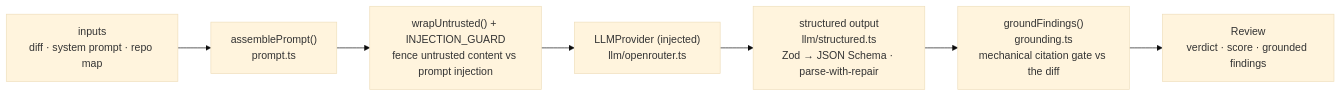
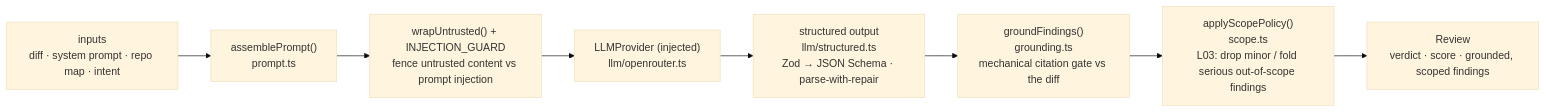
The diagram in reviewer-core/README.md (artemmmon/dev-digest), drawn with Mermaid (base theme) before and after one commit. The commit also changed other lines of this file and 90 other files, not shown here.

First line of the commit message:
feat: Intent Layer — derive PR intent and scope review findings to it

````diff
--- a/reviewer-core/README.md
+++ b/reviewer-core/README.md
@@ -16,9 +16,10 @@
 ```mermaid
 flowchart LR
-  IN["inputs<br/>diff · system prompt · repo map"] --> PROMPT["assemblePrompt()<br/>prompt.ts"]
+  IN["inputs<br/>diff · system prompt · repo map · intent"] --> PROMPT["assemblePrompt()<br/>prompt.ts"]
   PROMPT --> WRAP["wrapUntrusted() + INJECTION_GUARD<br/>fence untrusted content vs prompt injection"]
   WRAP --> LLM["LLMProvider (injected)<br/>llm/openrouter.ts"]
   LLM --> STRUCT["structured output<br/>llm/structured.ts<br/>Zod → JSON Schema · parse-with-repair"]
   STRUCT --> GROUND["groundFindings()<br/>grounding.ts<br/>mechanical citation gate vs the diff"]
-  GROUND --> OUT["Review<br/>verdict · score · grounded findings"]
+  GROUND --> SCOPE["applyScopePolicy()<br/>scope.ts<br/>L03: drop minor / fold serious out-of-scope findings"]
+  SCOPE --> OUT["Review<br/>verdict · score · grounded, scoped findings"]
 ```
````
